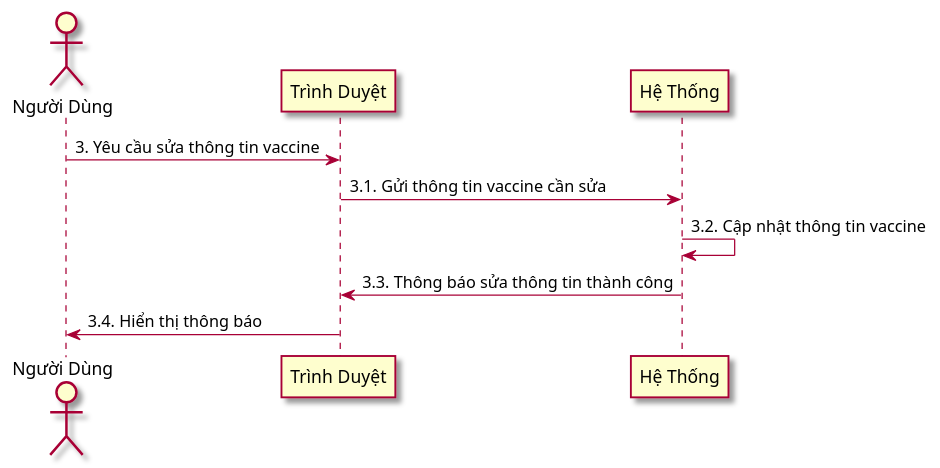
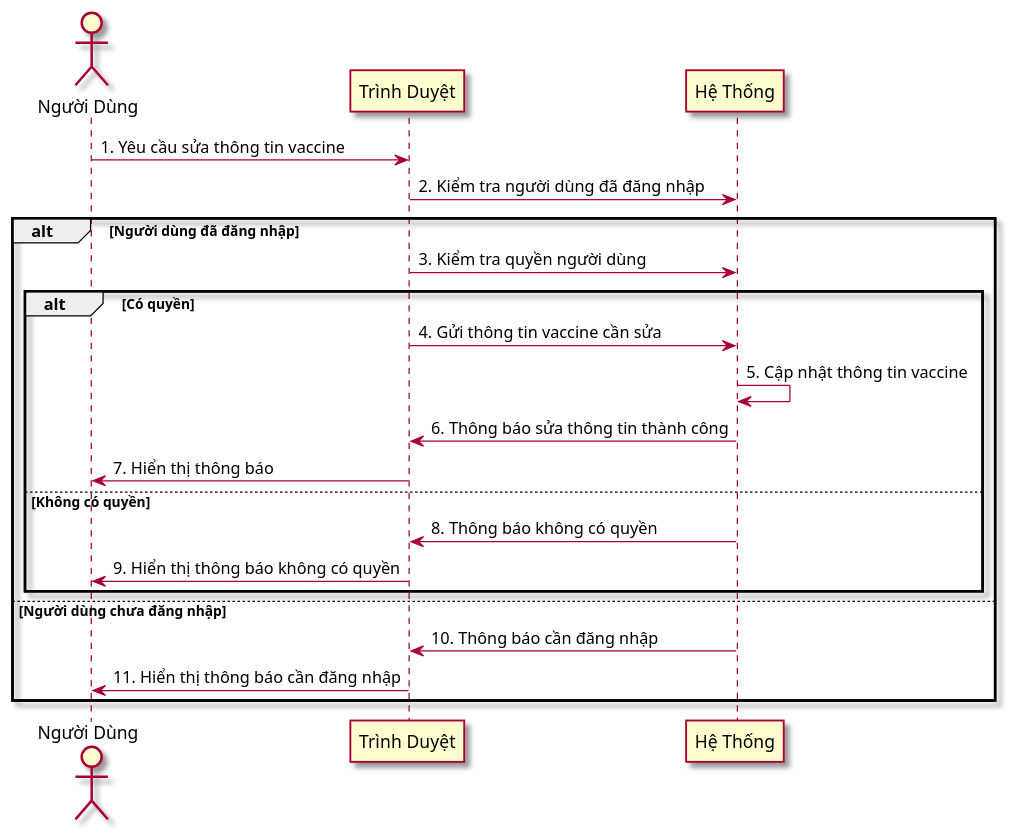
Before and after one commit to t-pk/covid-gis-vn: the diagram in diagram/sequence/2/2_3.puml, drawn with PlantUML. The commit also changed 16 other files, not shown here.

Commit message:
update sequence diagram

```diff
--- a/diagram/sequence/2/2_3.puml
+++ b/diagram/sequence/2/2_3.puml
@@ -1,13 +1,26 @@
-@startuml
+@startuml "update vaccine"
 
 skin rose
 actor "Người Dùng" as User
 participant "Trình Duyệt" as Browser
 participant "Hệ Thống" as Server
 
-User -> Browser: 3. Yêu cầu sửa thông tin vaccine
-Browser -> Server: 3.1. Gửi thông tin vaccine cần sửa
-Server -> Server: 3.2. Cập nhật thông tin vaccine
-Server -> Browser: 3.3. Thông báo sửa thông tin thành công
-Browser -> User: 3.4. Hiển thị thông báo
+User -> Browser: 1. Yêu cầu sửa thông tin vaccine
+Browser -> Server: 2. Kiểm tra người dùng đã đăng nhập
+alt Người dùng đã đăng nhập
+    Browser -> Server: 3. Kiểm tra quyền người dùng
+    alt Có quyền
+        Browser -> Server: 4. Gửi thông tin vaccine cần sửa
+        Server -> Server: 5. Cập nhật thông tin vaccine
+        Server -> Browser: 6. Thông báo sửa thông tin thành công
+        Browser -> User: 7. Hiển thị thông báo
+    else Không có quyền
+        Server -> Browser: 8. Thông báo không có quyền
+        Browser -> User: 9. Hiển thị thông báo không có quyền
+    end
+else Người dùng chưa đăng nhập
+    Server -> Browser: 10. Thông báo cần đăng nhập
+    Browser -> User: 11. Hiển thị thông báo cần đăng nhập
+end
+
 @enduml
```
